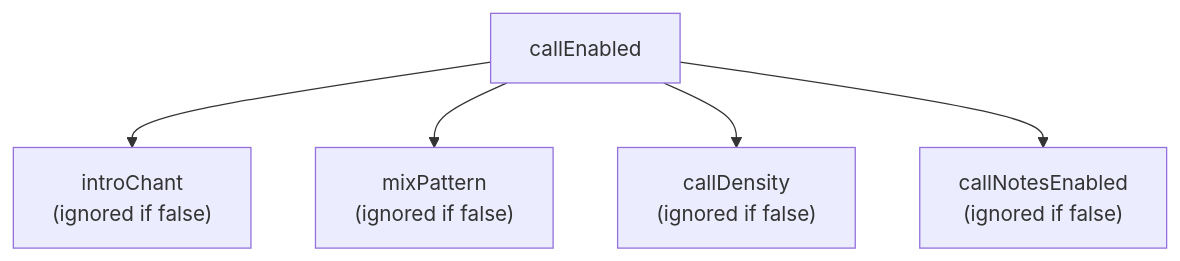
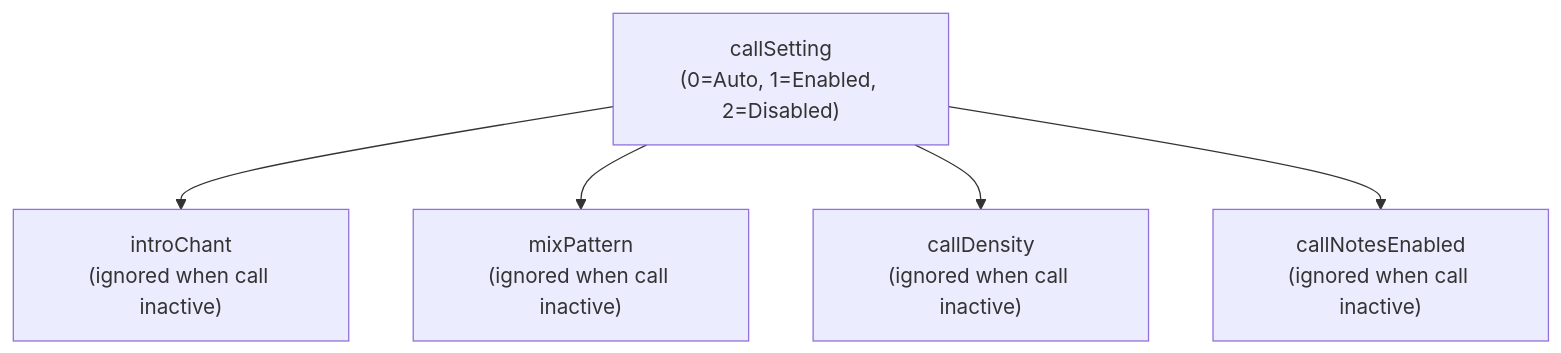
The first of 13 diagrams in src/docs/option-relationships.md (libraz/midi-sketch-homepage), drawn with Mermaid before and after one commit. The commit also changed other lines of this file and 91 other files, not shown here.

````diff
--- a/src/docs/option-relationships.md
+++ b/src/docs/option-relationships.md
@@ -24,7 +24,7 @@
 ```mermaid
 graph TD
-    callEnabled --> introChant["introChant<br/>(ignored if false)"]
-    callEnabled --> mixPattern["mixPattern<br/>(ignored if false)"]
-    callEnabled --> callDensity["callDensity<br/>(ignored if false)"]
-    callEnabled --> callNotesEnabled["callNotesEnabled<br/>(ignored if false)"]
+    callSetting["callSetting<br/>(0=Auto, 1=Enabled, 2=Disabled)"] --> introChant["introChant<br/>(ignored when call inactive)"]
+    callSetting --> mixPattern["mixPattern<br/>(ignored when call inactive)"]
+    callSetting --> callDensity["callDensity<br/>(ignored when call inactive)"]
+    callSetting --> callNotesEnabled["callNotesEnabled<br/>(ignored when call inactive)"]
 ```
````
